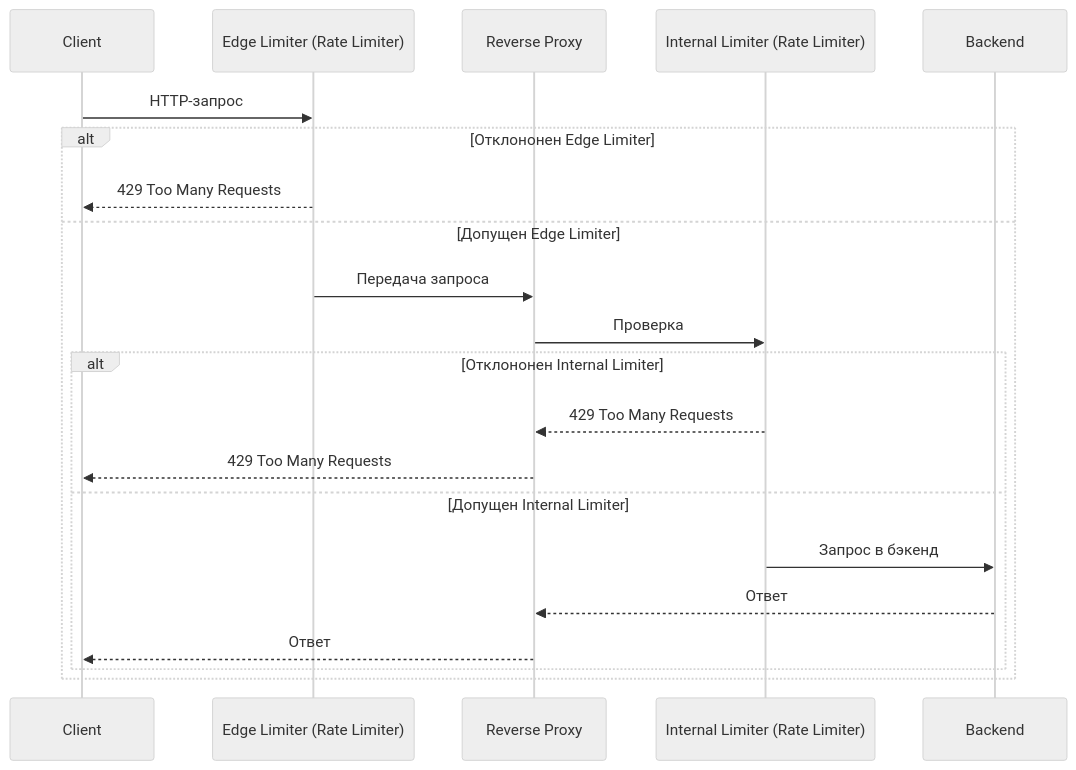
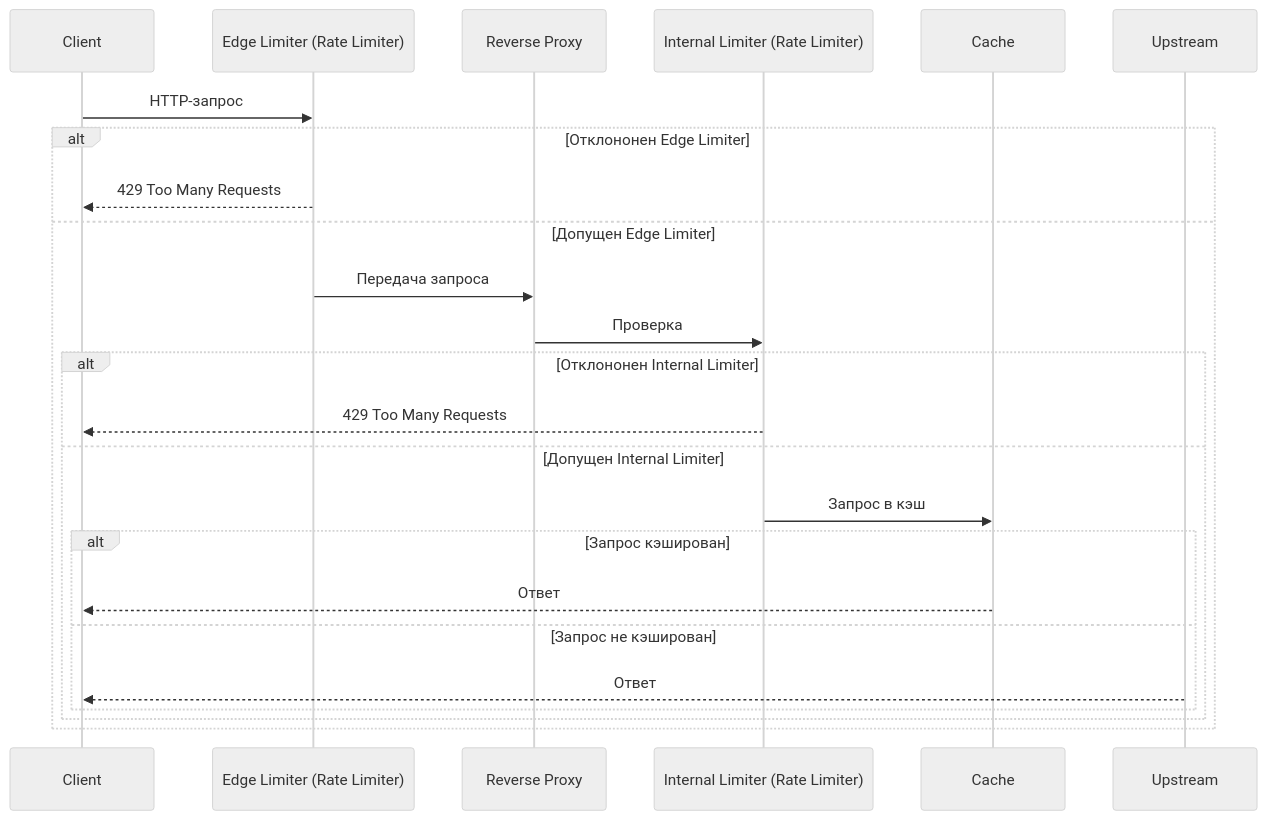
Before and after one commit to automationautomata/Gateway: the diagram in readme.md, drawn with Mermaid (neutral theme). The commit also changed other lines of this file and 22 other files, not shown here.

````diff
--- a/readme.md
+++ b/readme.md
@@ -28,24 +32,27 @@
 ```mermaid
 sequenceDiagram
     participant C as Client
     participant E as Edge Limiter (Rate Limiter)
-    participant R as Reverse Proxy
+    participant R as Reverse Proxy 
     participant I as Internal Limiter (Rate Limiter)
-    participant B as Backend
+    participant Ch as Cache
+    participant U as Upstream
 
     C->>E: HTTP-запрос
     alt Отклононен Edge Limiter
         E-->>C: 429 Too Many Requests
     else Допущен Edge Limiter
         E->>R: Передача запроса
         R->>I: Проверка
         alt Отклононен Internal Limiter
-            I-->>R: 429 Too Many Requests
-            R-->>C: 429 Too Many Requests
+            I-->>C: 429 Too Many Requests
         else Допущен Internal Limiter
-            I->>B: Запрос в бэкенд
-            B-->>R: Ответ
-            R-->>C: Ответ
+            I->>Ch: Запрос в кэш
+            alt Запрос кэширован
+              Ch-->>C: Ответ
+            else Запрос не кэширован
+              U-->>C: Ответ
+            end
         end
     end
 ```
````
